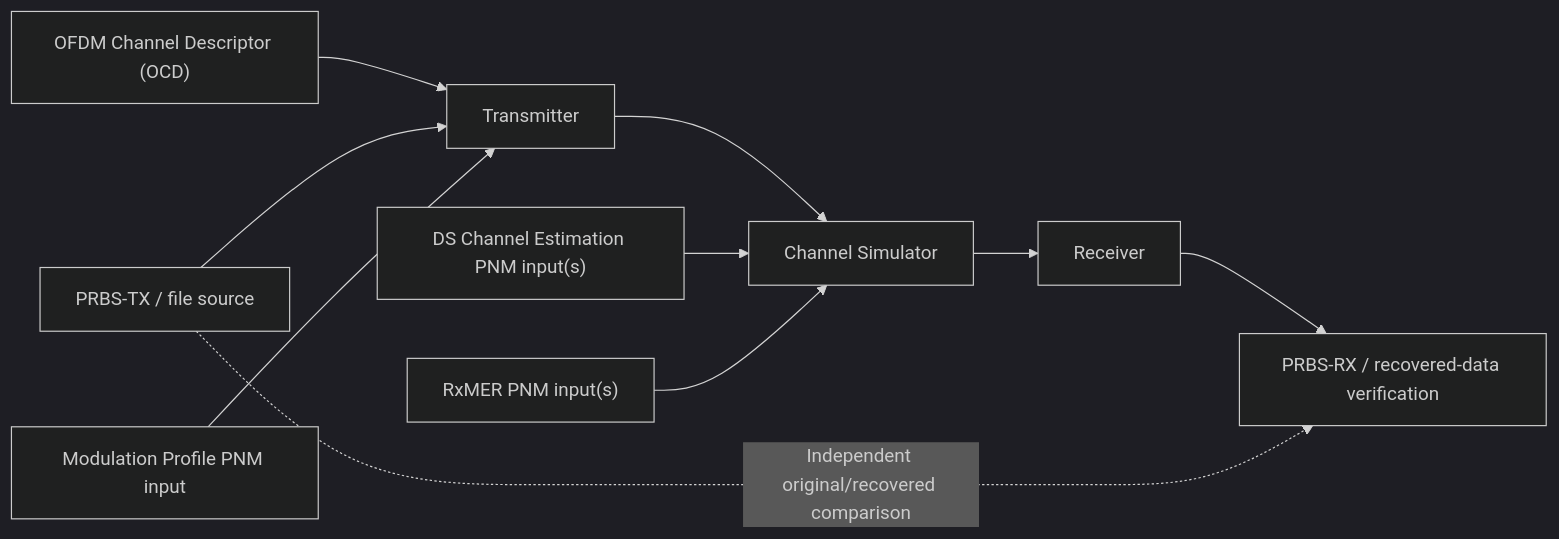
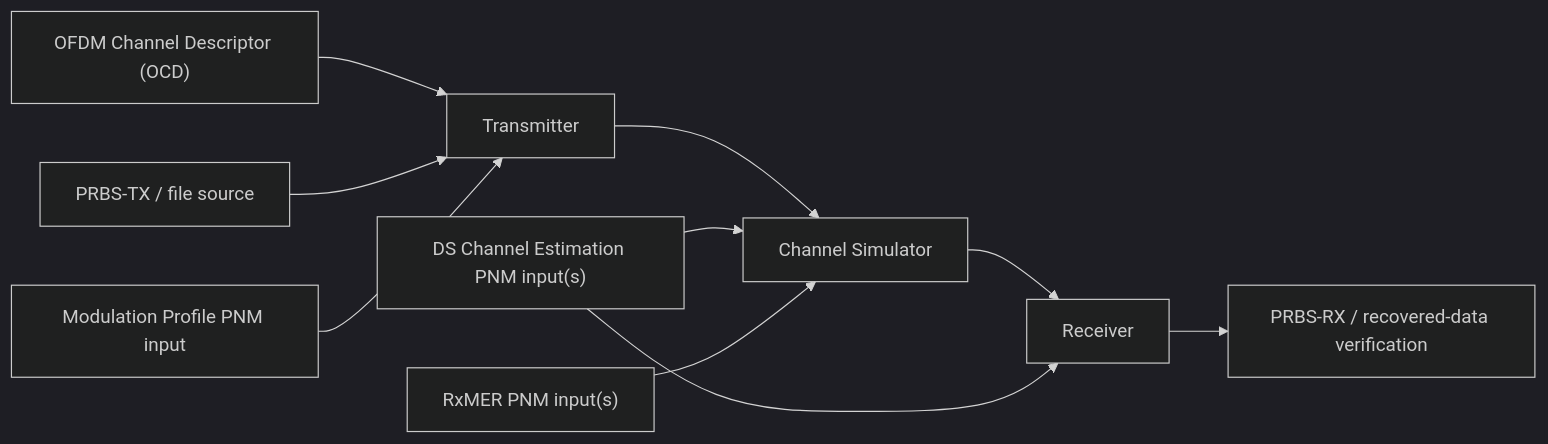
The first of 3 diagrams in docs/architecture.md (mgarcia01752/merlin), drawn with Mermaid (dark theme) before and after one commit. The commit also changed other lines of this file and 130 other files, not shown here.

````diff
--- a/docs/architecture.md
+++ b/docs/architecture.md
@@ -176,11 +177,11 @@
 ```mermaid
 flowchart LR
     SETTINGS["OFDM Channel Descriptor (OCD)"] --> TX["Transmitter"]
     SOURCE["PRBS-TX / file source"] --> TX
     PROFILE["Modulation Profile PNM input"] --> TX
     TX --> CHANNEL["Channel Simulator"] --> RX["Receiver"]
     CE["DS Channel Estimation PNM input(s)"] --> CHANNEL
+    CE --> RX
     MER["RxMER PNM input(s)"] --> CHANNEL
     RX --> VERIFY["PRBS-RX / recovered-data verification"]
-    SOURCE -. "Independent original/recovered comparison" .-> VERIFY
 ```
````
